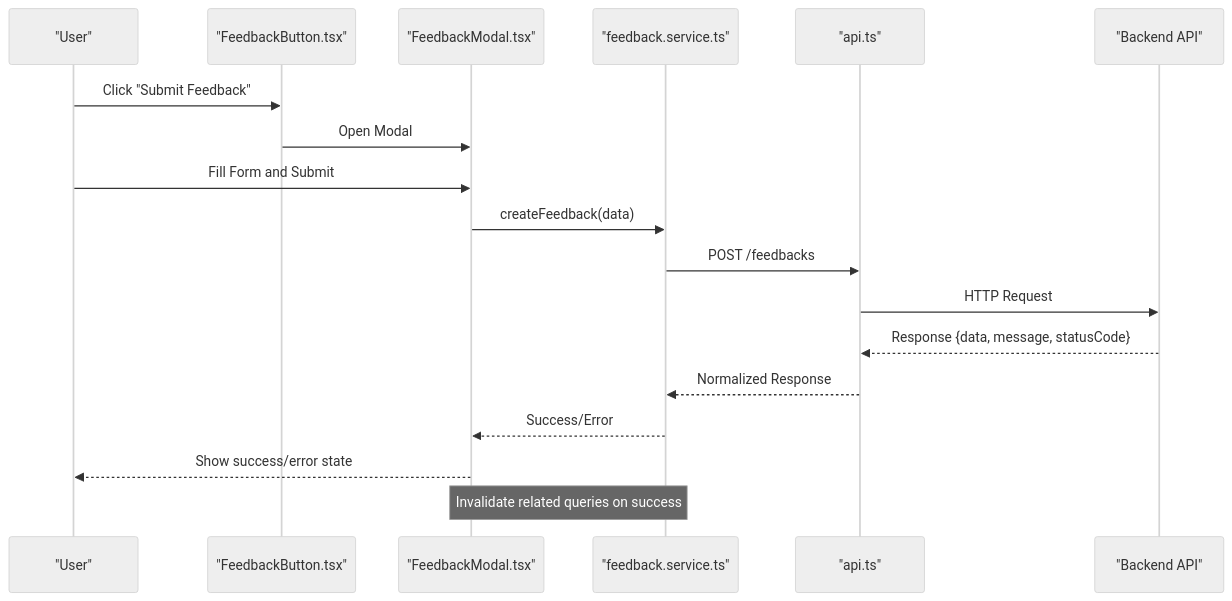
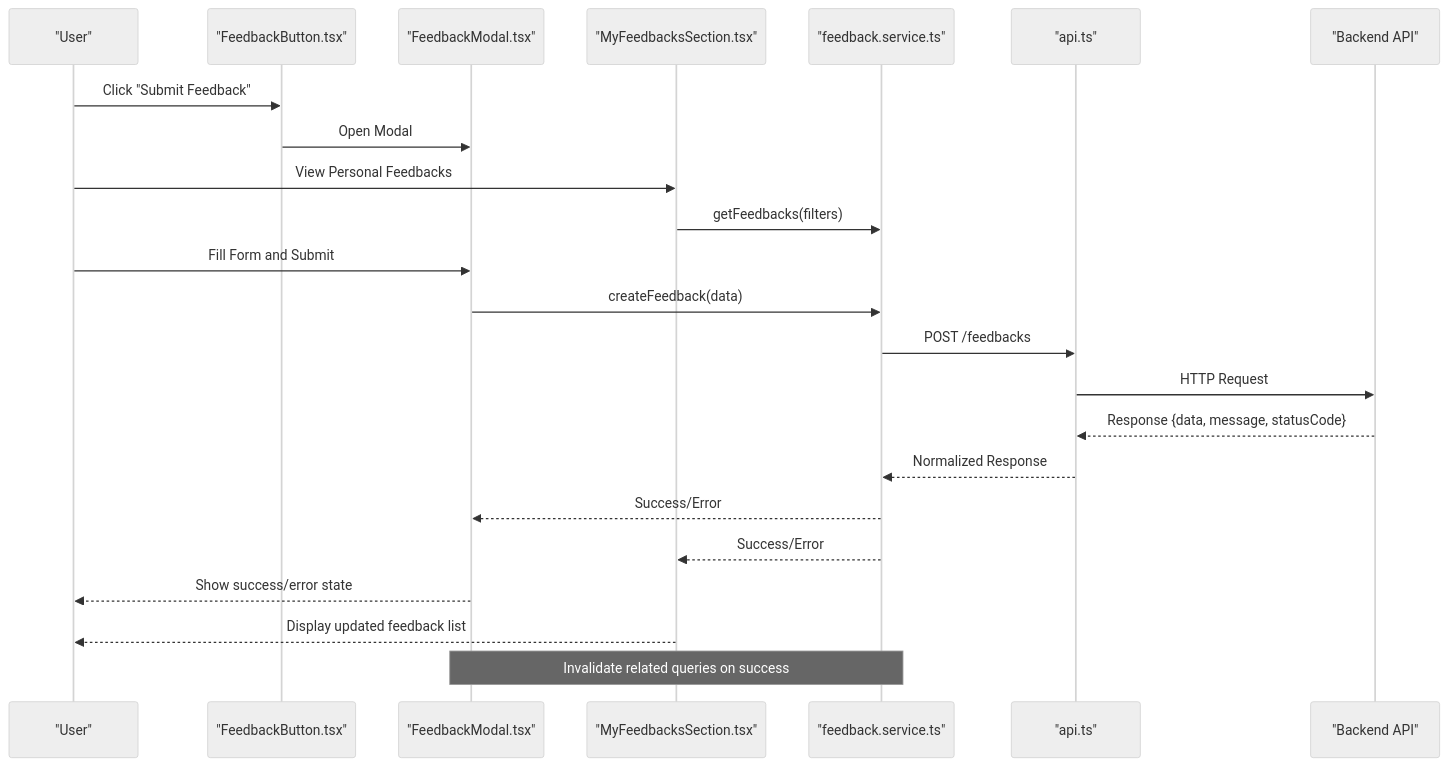
The second of 4 diagrams in .qoder/repowiki/en/content/Arquitetura Frontend/Módulo de Feedback - Frontend.md (RobertRuas/windlog), drawn with Mermaid (neutral theme) before and after one commit. The commit also changed other lines of this file and 89 other files, not shown here.

````diff
--- a/.qoder/repowiki/en/content/Arquitetura Frontend/Módulo de Feedback - Frontend.md
+++ b/.qoder/repowiki/en/content/Arquitetura Frontend/Módulo de Feedback - Frontend.md
@@ -100,20 +128,25 @@
 ```mermaid
 sequenceDiagram
 participant U as "User"
 participant B as "FeedbackButton.tsx"
 participant M as "FeedbackModal.tsx"
+participant MS as "MyFeedbacksSection.tsx"
 participant S as "feedback.service.ts"
 participant A as "api.ts"
 participant BE as "Backend API"
 U->>B : Click "Submit Feedback"
 B->>M : Open Modal
+U->>MS : View Personal Feedbacks
+MS->>S : getFeedbacks(filters)
 U->>M : Fill Form and Submit
 M->>S : createFeedback(data)
 S->>A : POST /feedbacks
 A->>BE : HTTP Request
 BE-->>A : Response {data, message, statusCode}
 A-->>S : Normalized Response
 S-->>M : Success/Error
+S-->>MS : Success/Error
 M-->>U : Show success/error state
+MS-->>U : Display updated feedback list
 Note over M,S : Invalidate related queries on success
 ```
````
